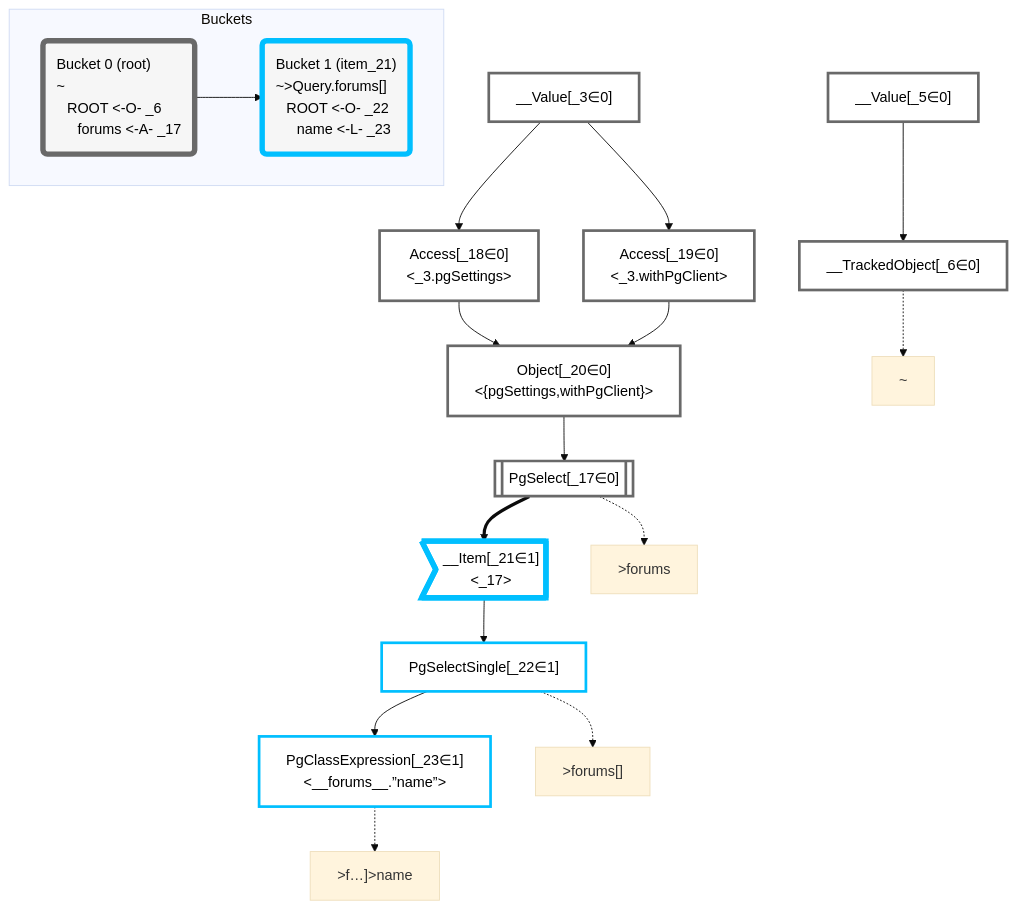
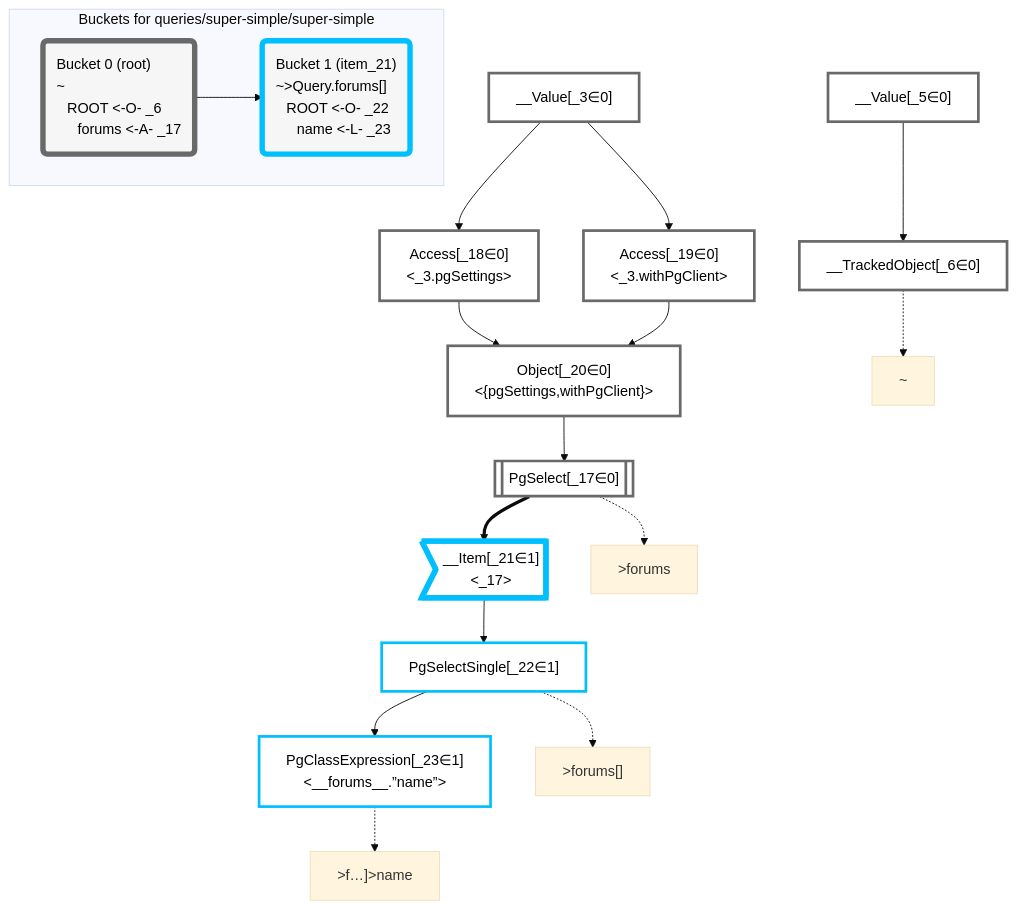
The diagram in packages/dataplan-pg/__tests__/queries/super-simple/super-simple.mermaid.md (graphile/crystal), drawn with Mermaid (base theme) before and after one commit. The commit also changed 195 other files, not shown here.

````diff
--- a/packages/dataplan-pg/__tests__/queries/super-simple/super-simple.mermaid.md
+++ b/packages/dataplan-pg/__tests__/queries/super-simple/super-simple.mermaid.md
@@ -1,56 +1,56 @@
 ```mermaid
 graph TD
     classDef path fill:#eee,stroke:#000,color:#000
     classDef plan fill:#fff,stroke-width:3px,color:#000
     classDef itemplan fill:#fff,stroke-width:6px,color:#000
     classDef sideeffectplan fill:#f00,stroke-width:6px,color:#000
     classDef bucket fill:#f6f6f6,color:#000,stroke-width:6px,text-align:left
 
 
     %% define plans
     __Value_3["__Value[_3∈0]<br /><context>"]:::plan
     __Value_5["__Value[_5∈0]<br /><rootValue>"]:::plan
     __TrackedObject_6["__TrackedObject[_6∈0]"]:::plan
     PgSelect_17[["PgSelect[_17∈0]<br /><forums>"]]:::plan
     Access_18["Access[_18∈0]<br /><_3.pgSettings>"]:::plan
     Access_19["Access[_19∈0]<br /><_3.withPgClient>"]:::plan
     Object_20["Object[_20∈0]<br /><{pgSettings,withPgClient}>"]:::plan
     __Item_21>"__Item[_21∈1]<br /><_17>"]:::itemplan
     PgSelectSingle_22["PgSelectSingle[_22∈1]<br /><forums>"]:::plan
     PgClassExpression_23["PgClassExpression[_23∈1]<br /><__forums__.”name”>"]:::plan
 
     %% plan dependencies
     __Value_5 --> __TrackedObject_6
     Object_20 --> PgSelect_17
     __Value_3 --> Access_18
     __Value_3 --> Access_19
     Access_18 --> Object_20
     Access_19 --> Object_20
     PgSelect_17 ==> __Item_21
     __Item_21 --> PgSelectSingle_22
     PgSelectSingle_22 --> PgClassExpression_23
 
     %% plan-to-path relationships
     P_6["~"]
     __TrackedObject_6 -.-> P_6
     P_17[">forums"]
     PgSelect_17 -.-> P_17
     P_22[">forums[]"]
     PgSelectSingle_22 -.-> P_22
     P_23[">f…]>name"]
     PgClassExpression_23 -.-> P_23
 
     %% allocate buckets
     classDef bucket0 stroke:#696969
     class __Value_3,__Value_5,__TrackedObject_6,PgSelect_17,Access_18,Access_19,Object_20 bucket0
     classDef bucket1 stroke:#00bfff
     class __Item_21,PgSelectSingle_22,PgClassExpression_23 bucket1
 
-    subgraph Buckets
+    subgraph "Buckets for queries/super-simple/super-simple"
     Bucket0("Bucket 0 (root)<br />~<br />⠀ROOT <-O- _6<br />⠀⠀forums <-A- _17"):::bucket
     style Bucket0 stroke:#696969
     Bucket1("Bucket 1 (item_21)<br />~>Query.forums[]<br />⠀ROOT <-O- _22<br />⠀⠀name <-L- _23"):::bucket
     style Bucket1 stroke:#00bfff
     Bucket0 --> Bucket1
     end
 ```
````
